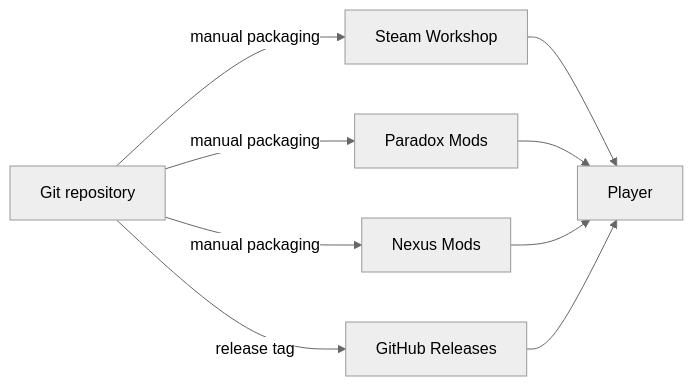
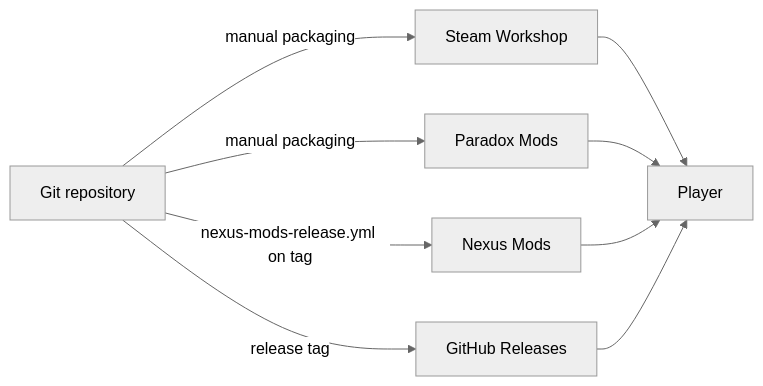
One commit to hmlendea/stellaris-ui-deposit-blockers changed the diagram in docs/integrations.md. Above: the diagram before and after it, drawn with Mermaid (neutral theme). The commit also changed other lines of this file and 14 other files, not shown here.

Commit message:
ci: Created the Nexus Mods Release workflow

````diff
--- a/docs/integrations.md
+++ b/docs/integrations.md
@@ -79,11 +79,11 @@
 ```mermaid
 flowchart LR
     Repo[Git repository] -->|manual packaging| Steam[Steam Workshop]
     Repo -->|manual packaging| Paradox[Paradox Mods]
-    Repo -->|manual packaging| Nexus[Nexus Mods]
+    Repo -->|nexus-mods-release.yml on tag| Nexus[Nexus Mods]
     Repo -->|release tag| GitHub[GitHub Releases]
     Steam --> Player
     Paradox --> Player
     Nexus --> Player
     GitHub --> Player
 ```
````
